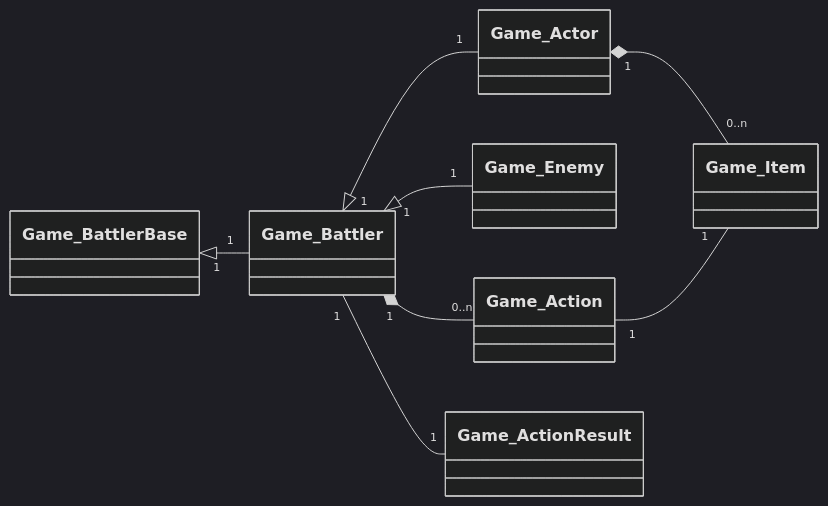
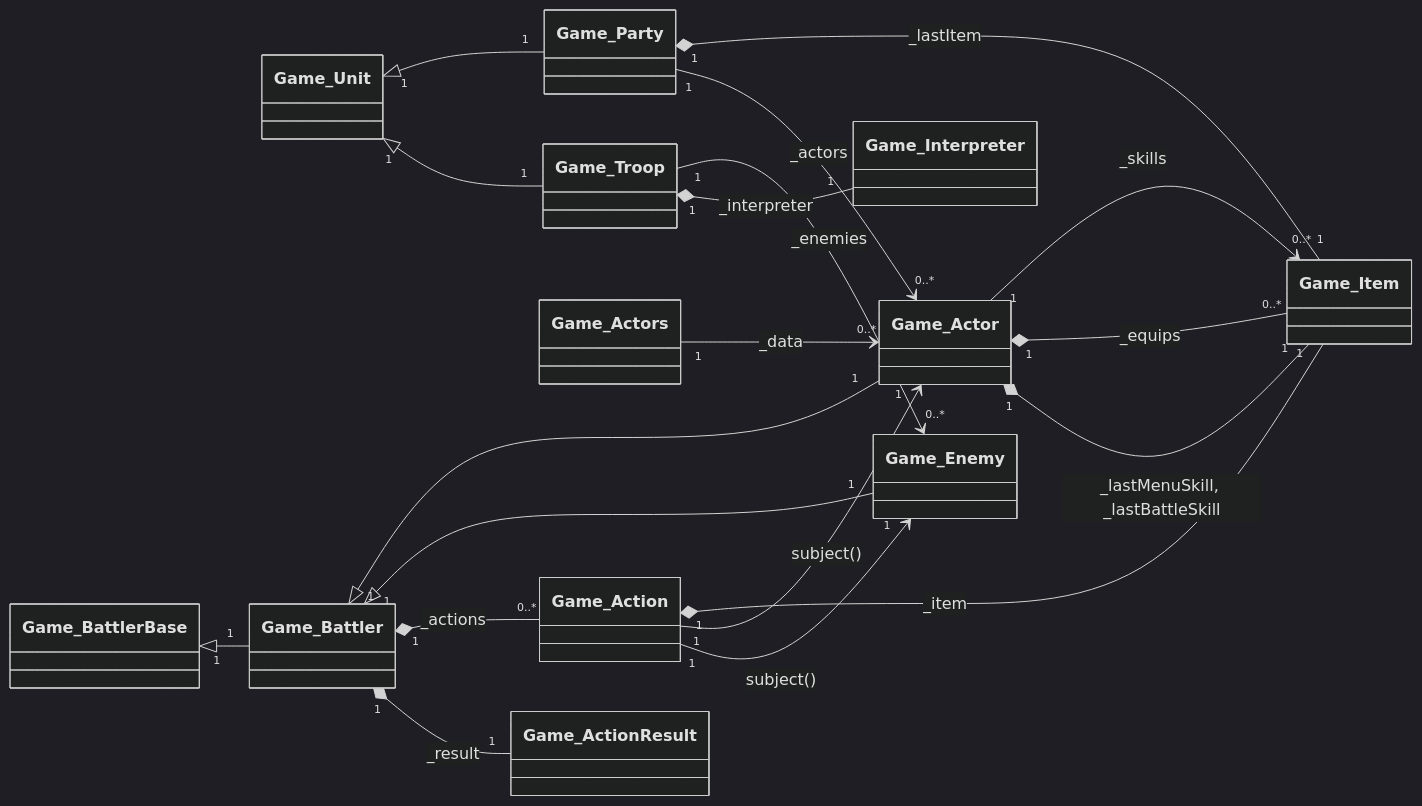
The diagram in Class Diagram/Game_BattlerBase_.md (meowmotor/RPG-Maker), drawn with Mermaid (dark theme) before and after one commit.

````diff
--- a/Class Diagram/Game_BattlerBase_.md
+++ b/Class Diagram/Game_BattlerBase_.md
@@ -1,11 +1,22 @@
 ```mermaid
 classDiagram
 direction LR
+Game_Unit"1"<|--"1"Game_Party
+Game_Unit"1"<|--"1"Game_Troop
+Game_Party"1"*--"1"Game_Item:_lastItem
+Game_Party"1"-->"0..*"Game_Actor:_actors
+Game_Actors"1"-->"0..*"Game_Actor:_data
 Game_BattlerBase"1"<|--"1"Game_Battler
 Game_Battler"1"<|--"1"Game_Actor
-Game_Actor"1"*--"0..n"Game_Item
+Game_Actor"1"-->"0..*"Game_Item:_skills
+Game_Actor"1"*--"0..*"Game_Item:_equips
+Game_Actor"1"*--"1"Game_Item:_lastMenuSkill, _lastBattleSkill
 Game_Battler"1"<|--"1"Game_Enemy
-Game_Battler"1"*--"0..n"Game_Action
-Game_Action"1"--"1"Game_Item
-Game_Battler"1"--"1"Game_ActionResult
+Game_Battler"1"*--"0..*"Game_Action:_actions
+Game_Action"1"*--"1"Game_Item:_item
+Game_Action"1"-->"1"Game_Actor:subject()
+Game_Action"1"-->"1"Game_Enemy:subject()
+Game_Battler"1"*--"1"Game_ActionResult:_result
+Game_Troop"1"-->"0..*"Game_Enemy:_enemies
+Game_Troop"1"*--"1"Game_Interpreter:_interpreter
 ```
````
